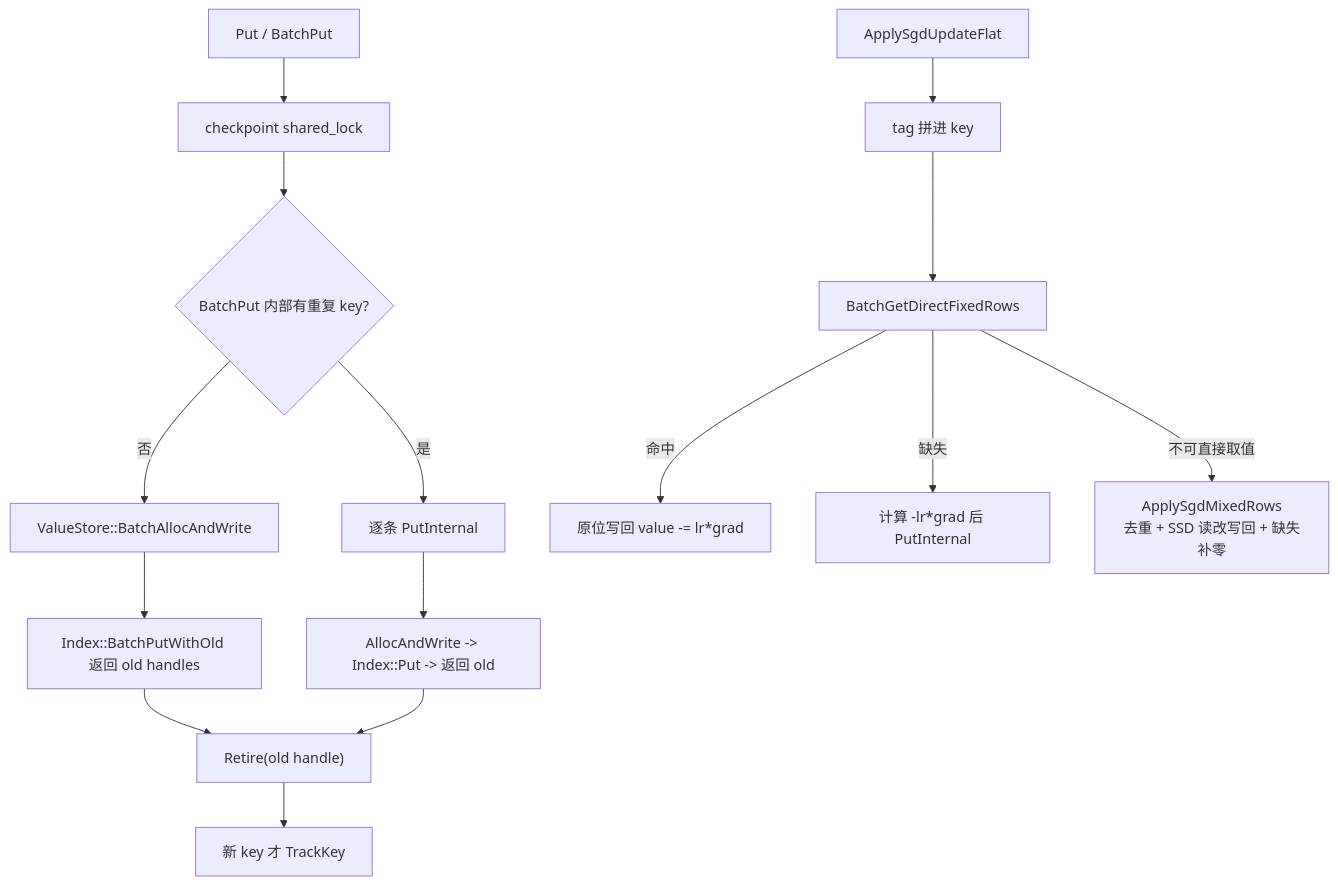
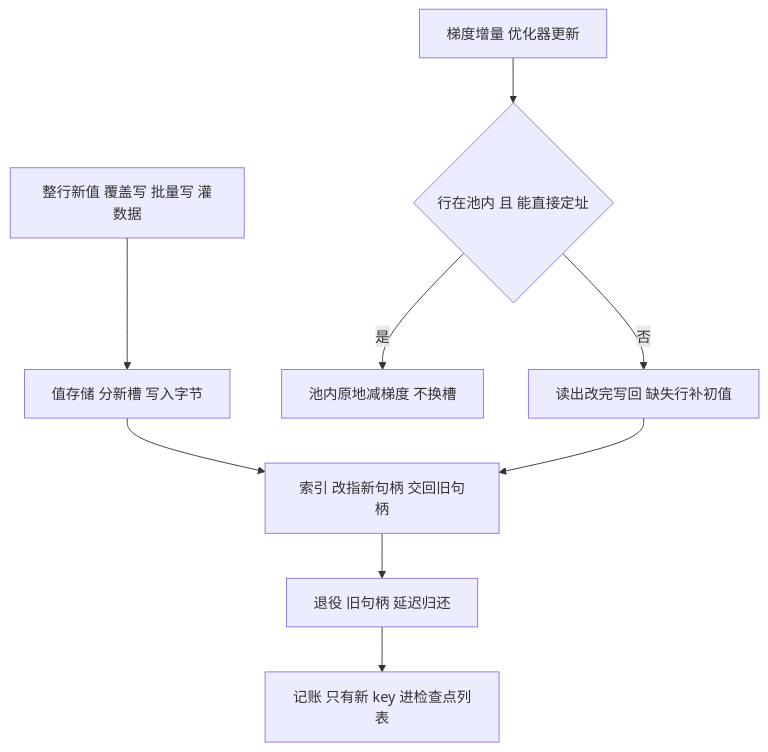
Before and after one commit to wurenrumian/rs-arch: the diagram in docs/ch05/write-path.md, drawn with Mermaid. The commit also changed other lines of this file and 52 other files, not shown here.

First line of the commit message:
docs: add diagrams and plain-language explanations across the site

````diff
--- a/docs/ch05/write-path.md
+++ b/docs/ch05/write-path.md
@@ -19,17 +13,11 @@
 ```mermaid
 flowchart TD
-    A["Put / BatchPut"] --> B["checkpoint shared_lock"]
-    B --> C{"BatchPut 内部有重复 key?"}
-    C -- 是 --> D["逐条 PutInternal"]
-    C -- 否 --> E["ValueStore::BatchAllocAndWrite"]
-    E --> F["Index::BatchPutWithOld 返回 old handles"]
-    D --> G["AllocAndWrite -> Index::Put -> 返回 old"]
-    F --> H["Retire(old handle)"]
-    G --> H
-    H --> I["新 key 才 TrackKey"]
-    J["ApplySgdUpdateFlat"] --> K["tag 拼进 key"]
-    K --> L["BatchGetDirectFixedRows"]
-    L -- 命中 --> M["原位写回 value -= lr*grad"]
-    L -- 缺失 --> N["计算 -lr*grad 后 PutInternal"]
-    L -- 不可直接取值 --> O["ApplySgdMixedRows<br/>去重 + SSD 读改写回 + 缺失补零"]
+  A["整行新值 覆盖写 批量写 灌数据"] --> C["值存储 分新槽 写入字节"]
+  C --> G["索引 改指新句柄 交回旧句柄"]
+  G --> H["退役 旧句柄 延迟归还"]
+  H --> K["记账 只有新 key 进检查点列表"]
+  B["梯度增量 优化器更新"] --> D{"行在池内 且 能直接定址"}
+  D -->|"是"| E["池内原地减梯度 不换槽"]
+  D -->|"否"| F["读出改完写回 缺失行补初值"]
+  F --> G
 ```
````
